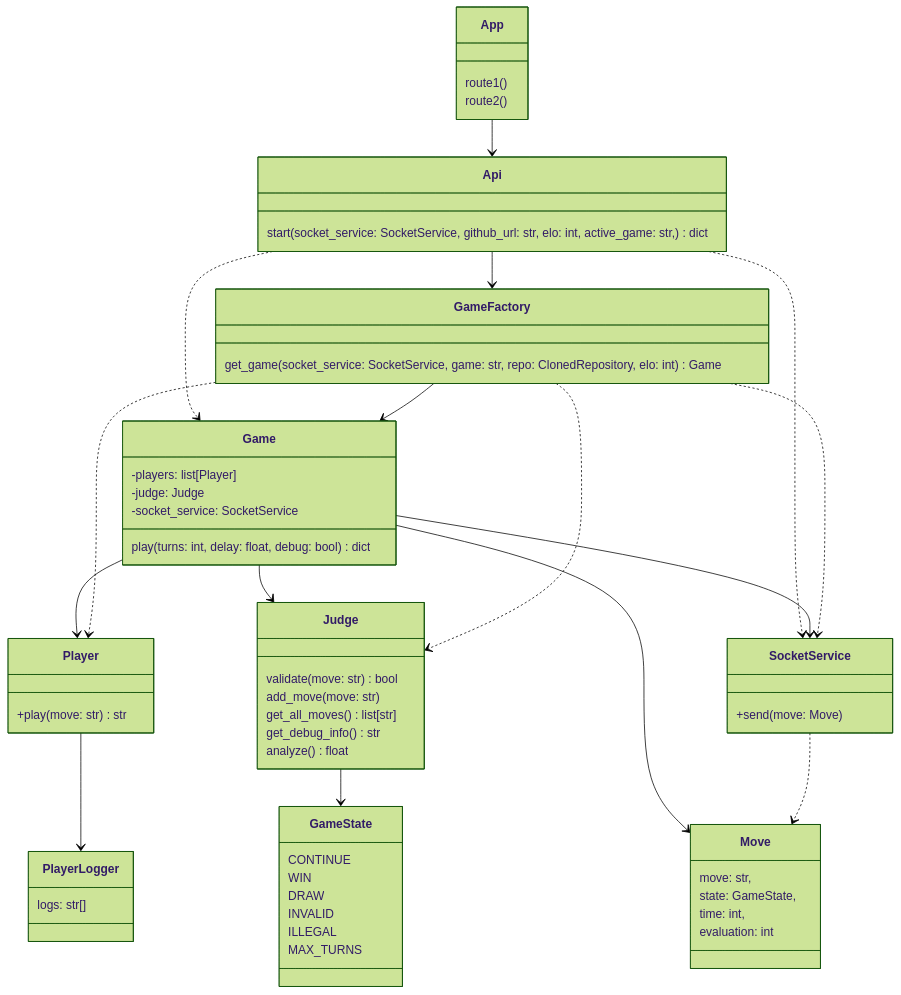
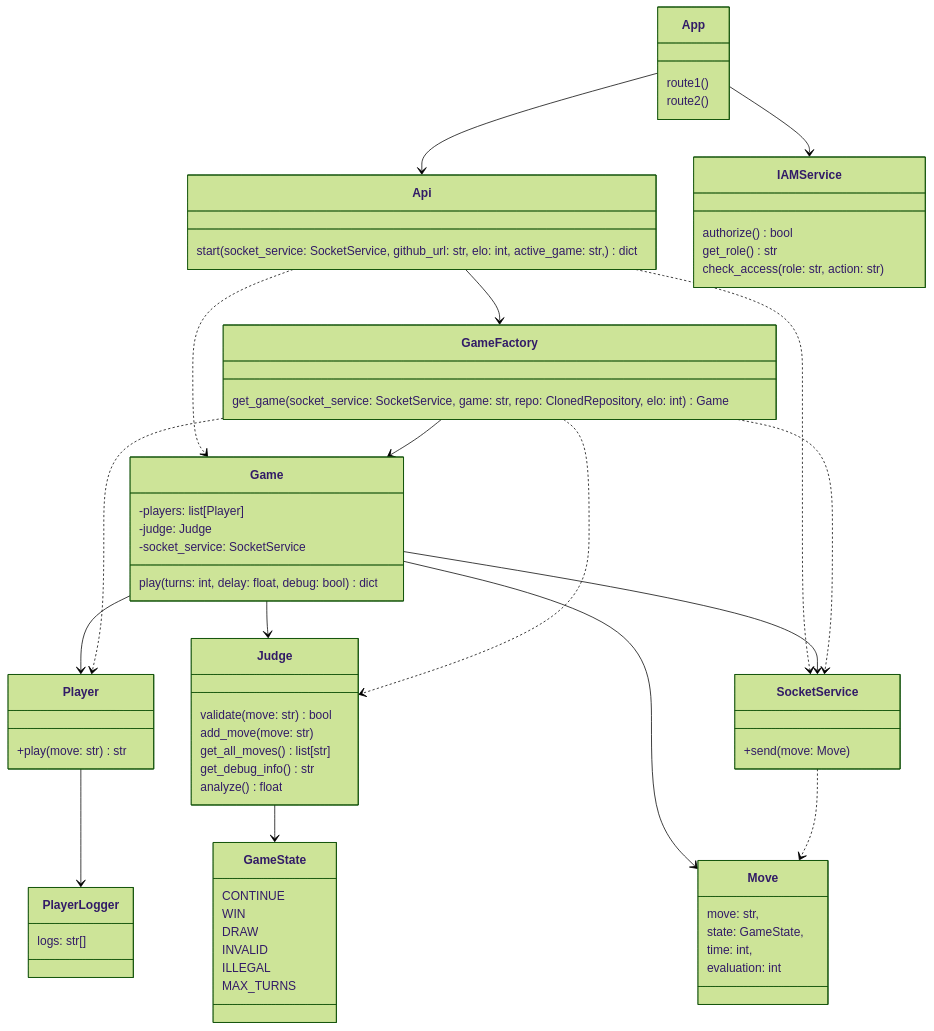
The third of 5 diagrams in docs/architecture.md (game-ai-platform-team/tira-ai-platform), drawn with Mermaid (forest theme) before and after one commit.

Commit message:
docs(#24): Add IAMService to backend architecture

````diff
--- a/docs/architecture.md
+++ b/docs/architecture.md
@@ -96,6 +96,7 @@
 classDiagram
 
 App --> Api
+App --> IAMService
 Api ..> Game
 Api --> GameFactory
 Api ..> SocketService
@@ -168,4 +169,10 @@
     route1()
     route2()
 }
+
+class IAMService {
+    authorize() bool
+    get_role() str
+    check_access(role: str, action: str)
+}
 ```
````
